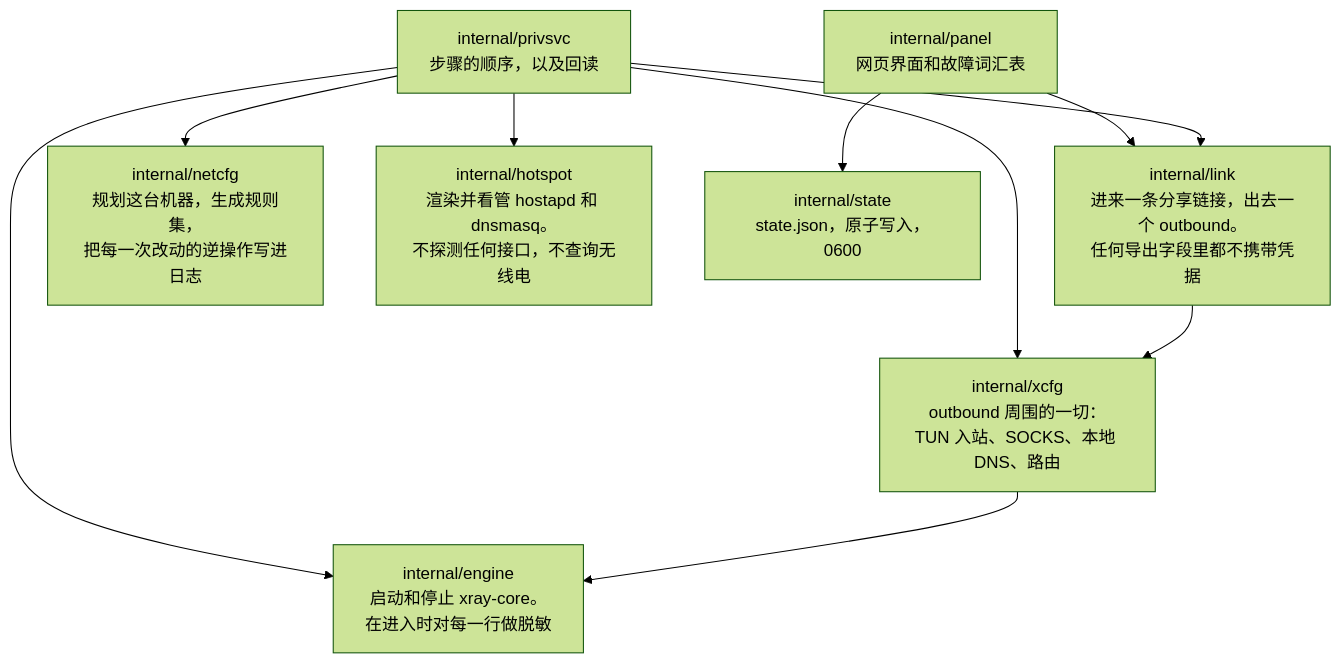
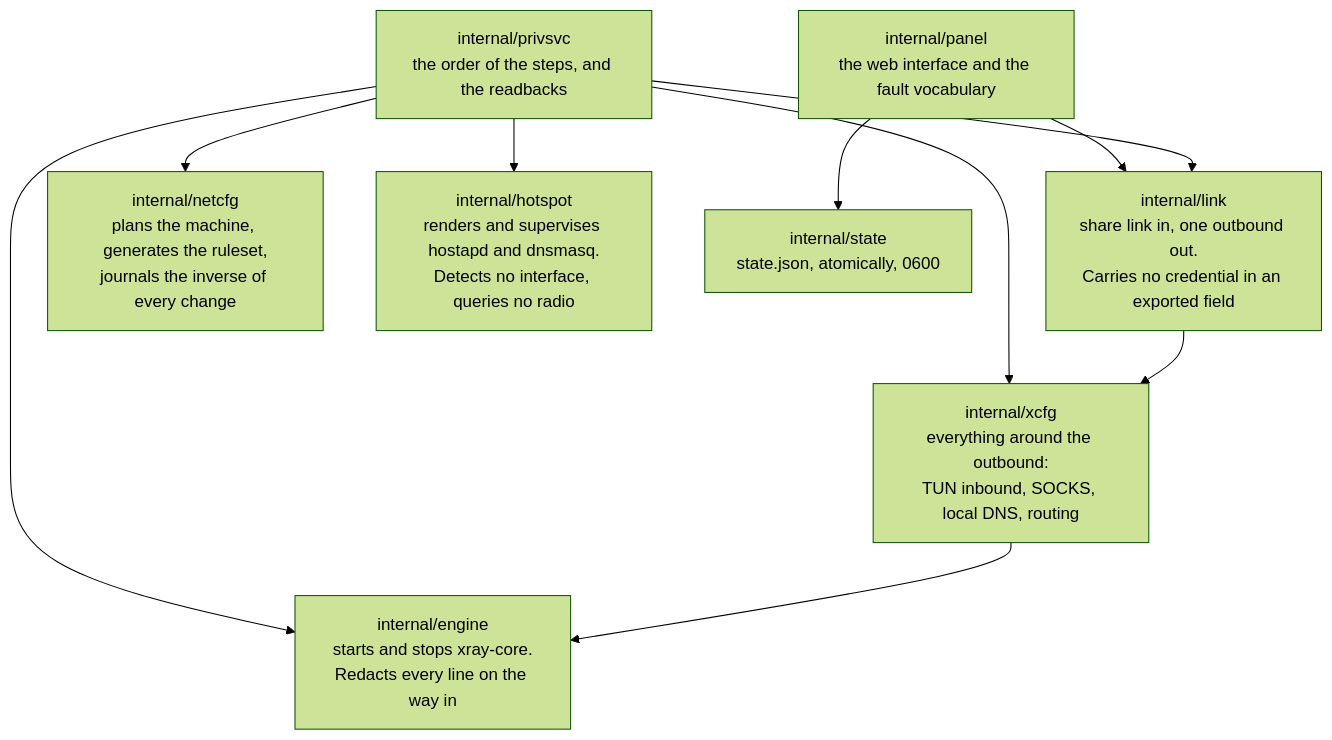
One commit to Iman/caspian changed the second of 8 diagrams in docs/wiki/Architecture.zh.md. Above: the diagram before and after it, drawn with Mermaid (forest theme). The commit also changed other lines of this file and 149 other files, not shown here.

````diff
--- a/docs/wiki/Architecture.zh.md
+++ b/docs/wiki/Architecture.zh.md
@@ -94,21 +105,21 @@
 ```mermaid
 flowchart TB
-    LINK["internal/link<br/>进来一条分享链接，出去一个 outbound。<br/>任何导出字段里都不携带凭据"]
-    XCFG["internal/xcfg<br/>outbound 周围的一切：<br/>TUN 入站、SOCKS、本地 DNS、路由"]
-    ENGINE["internal/engine<br/>启动和停止 xray-core。<br/>在进入时对每一行做脱敏"]
-    NETCFG["internal/netcfg<br/>规划这台机器，生成规则集，<br/>把每一次改动的逆操作写进日志"]
-    HOTSPOT["internal/hotspot<br/>渲染并看管 hostapd 和 dnsmasq。<br/>不探测任何接口，不查询无线电"]
-    STATE["internal/state<br/>state.json，原子写入，0600"]
-    PANEL["internal/panel<br/>网页界面和故障词汇表"]
-    PRIVSVC["internal/privsvc<br/>步骤的顺序，以及回读"]
+    LINK["internal/link<br/>share link in, one outbound out.<br/>Carries no credential in an exported field"]
+    XCFG["internal/xcfg<br/>everything around the outbound:<br/>TUN inbound, SOCKS, local DNS, routing"]
+    ENGINE["internal/engine<br/>starts and stops xray-core.<br/>Redacts every line on the way in"]
+    NETCFG["internal/netcfg<br/>plans the machine, generates the ruleset,<br/>journals the inverse of every change"]
+    HOTSPOT["internal/hotspot<br/>renders and supervises hostapd and dnsmasq.<br/>Detects no interface, queries no radio"]
+    STATE["internal/state<br/>state.json, atomically, 0600"]
+    PANEL["internal/panel<br/>the web interface and the fault vocabulary"]
+    PRIVSVC["internal/privsvc<br/>the order of the steps, and the readbacks"]
 
     PANEL --> LINK
     PANEL --> STATE
     PRIVSVC --> LINK
     PRIVSVC --> XCFG
     PRIVSVC --> NETCFG
     PRIVSVC --> HOTSPOT
     PRIVSVC --> ENGINE
     LINK --> XCFG
     XCFG --> ENGINE
 ```
````
